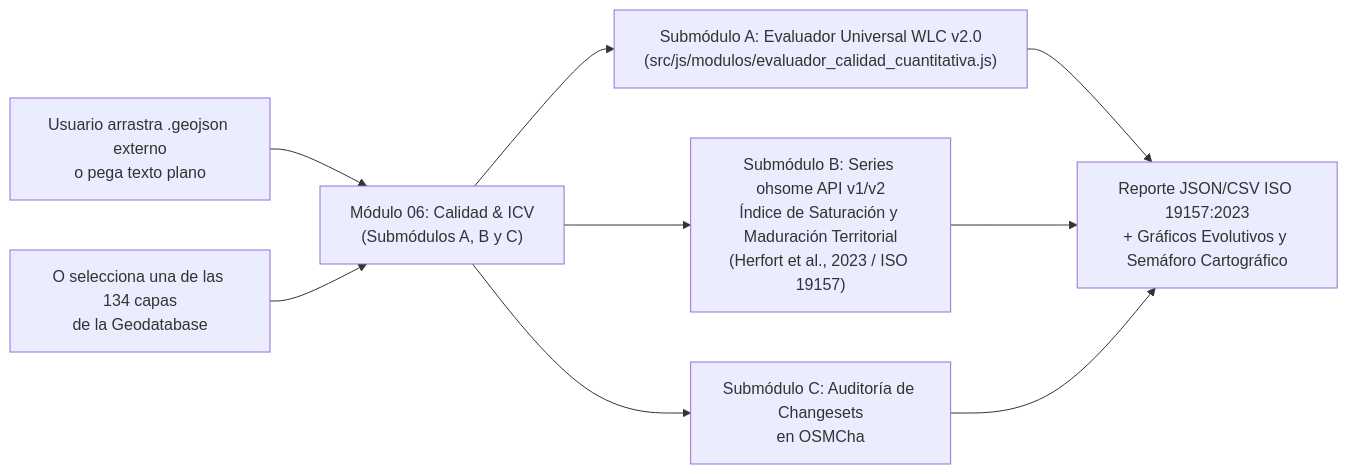
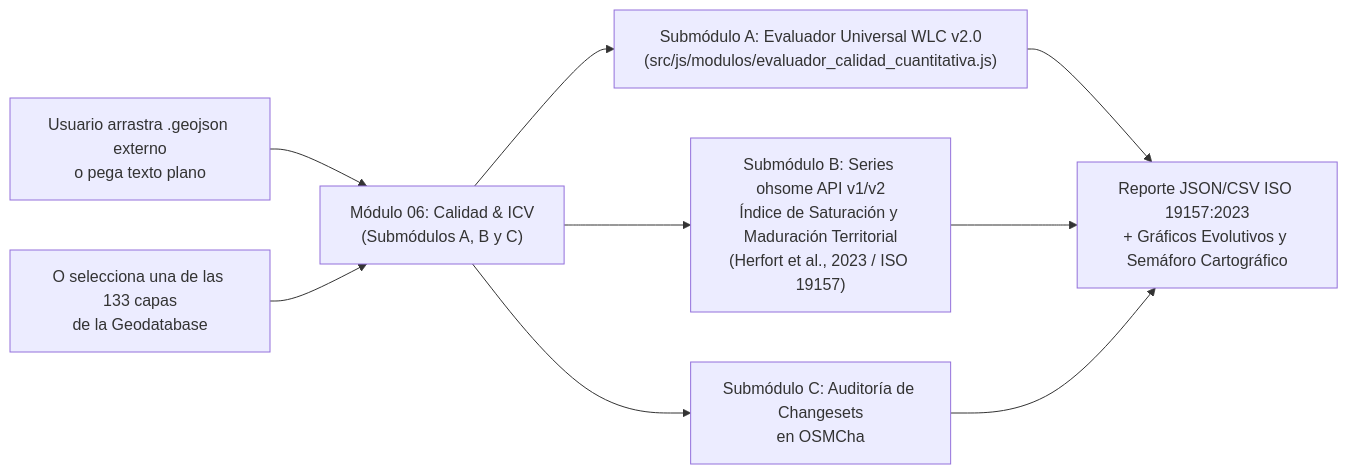
Before and after one commit to GEOJOTA/atlas-vgi-barrio-brasil: the third of 5 diagrams in docs/ANALISIS_METACALIDAD.md, drawn with Mermaid. The commit also changed other lines of this file and 142 other files, not shown here.

````diff
--- a/docs/ANALISIS_METACALIDAD.md
+++ b/docs/ANALISIS_METACALIDAD.md
@@ -158,9 +158,9 @@
 ```mermaid
 flowchart LR
     EXT["Usuario arrastra .geojson externo<br/>o pega texto plano"] --> MOD06["Módulo 06: Calidad & ICV<br/>(Submódulos A, B y C)"]
-    INT["O selecciona una de las 134 capas<br/>de la Geodatabase"] --> MOD06
+    INT["O selecciona una de las 133 capas<br/>de la Geodatabase"] --> MOD06
     MOD06 --> ALG["Submódulo A: Evaluador Universal WLC v2.0<br/>(src/js/modulos/evaluador_calidad_cuantitativa.js)"]
     MOD06 --> OHS["Submódulo B: Series ohsome API v1/v2<br/>Índice de Saturación y Maduración Territorial<br/>(Herfort et al., 2023 / ISO 19157)"]
     MOD06 --> CHA["Submódulo C: Auditoría de Changesets<br/>en OSMCha"]
     ALG & OHS & CHA --> RES["Reporte JSON/CSV ISO 19157:2023<br/>+ Gráficos Evolutivos y Semáforo Cartográfico"]
 ```
````
